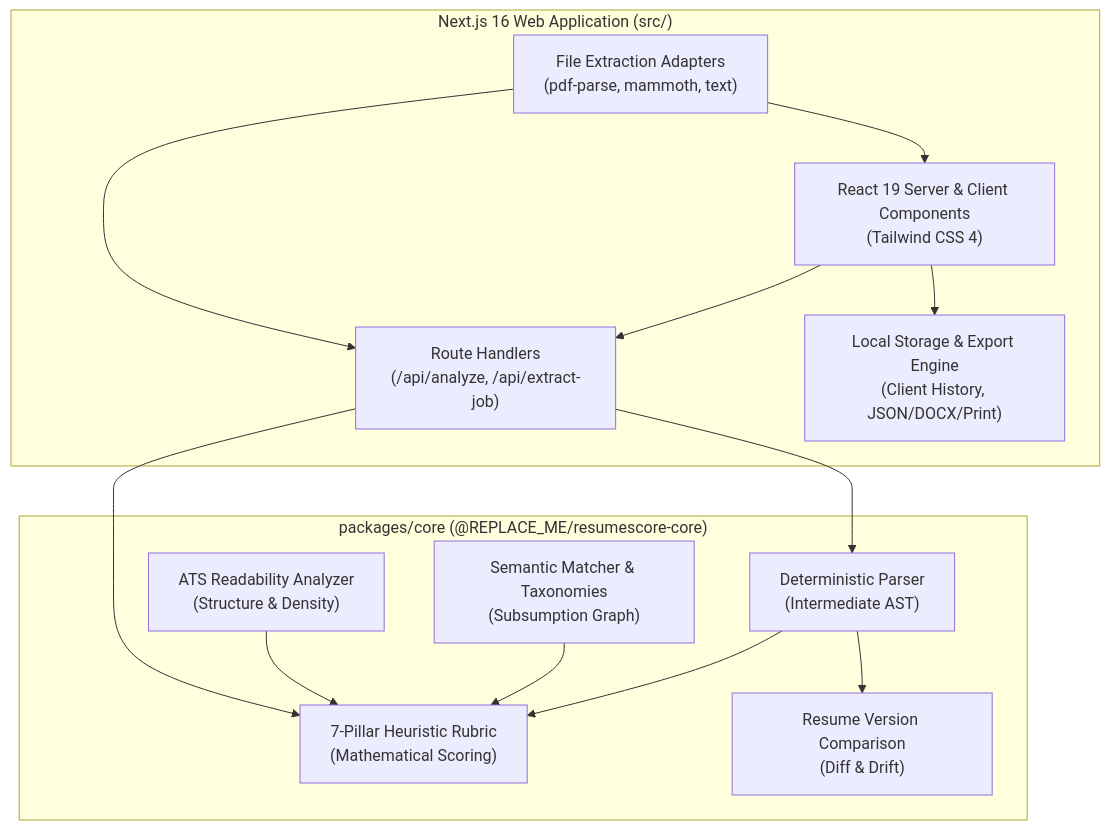
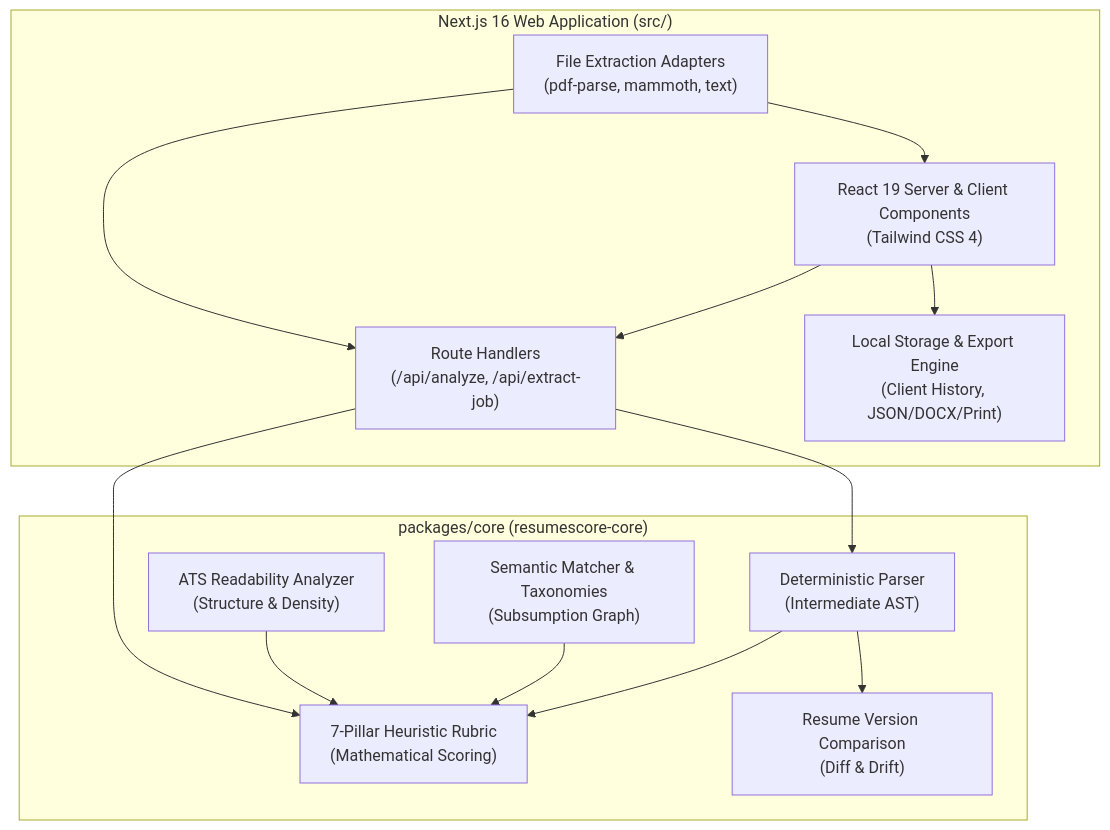
The first of 2 diagrams in docs/ARCHITECTURE.md (skmdshariff143-ai/resumescore), drawn with Mermaid before and after one commit. The commit also changed 27 other files, not shown here.

````diff
--- a/docs/ARCHITECTURE.md
+++ b/docs/ARCHITECTURE.md
@@ -9,29 +9,29 @@
 ```mermaid
 graph TD
-    subgraph Core ["packages/core (@REPLACE_ME/resumescore-core)"]
+    subgraph Core ["packages/core (resumescore-core)"]
         Parser["Deterministic Parser<br/>(Intermediate AST)"]
         Rubric["7-Pillar Heuristic Rubric<br/>(Mathematical Scoring)"]
         Taxonomy["Semantic Matcher & Taxonomies<br/>(Subsumption Graph)"]
         ATS["ATS Readability Analyzer<br/>(Structure & Density)"]
         Comparison["Resume Version Comparison<br/>(Diff & Drift)"]
 
         Parser --> Rubric
         Taxonomy --> Rubric
         ATS --> Rubric
         Parser --> Comparison
     end
 
     subgraph WebApp ["Next.js 16 Web Application (src/)"]
         ClientUI["React 19 Server & Client Components<br/>(Tailwind CSS 4)"]
         Extractors["File Extraction Adapters<br/>(pdf-parse, mammoth, text)"]
         APIRoutes["Route Handlers<br/>(/api/analyze, /api/extract-job)"]
         LocalStore["Local Storage & Export Engine<br/>(Client History, JSON/DOCX/Print)"]
 
         ClientUI --> APIRoutes
         Extractors --> APIRoutes
         Extractors --> ClientUI
         APIRoutes --> Parser
         APIRoutes --> Rubric
         ClientUI --> LocalStore
     end
 ```
````
